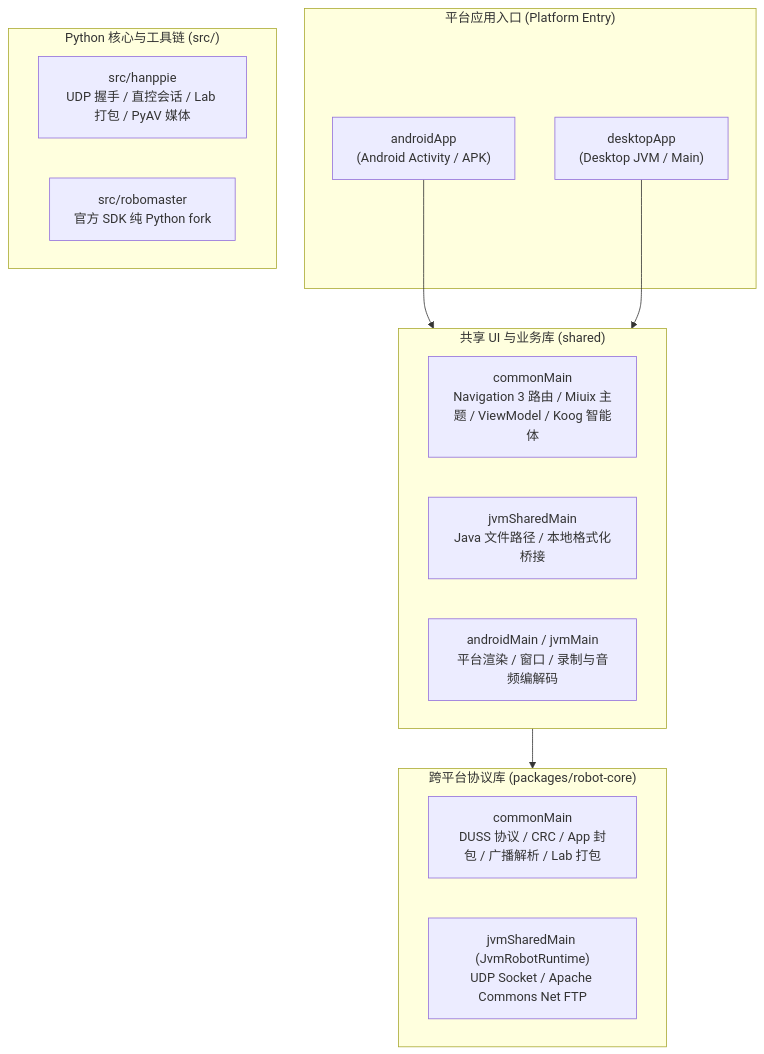
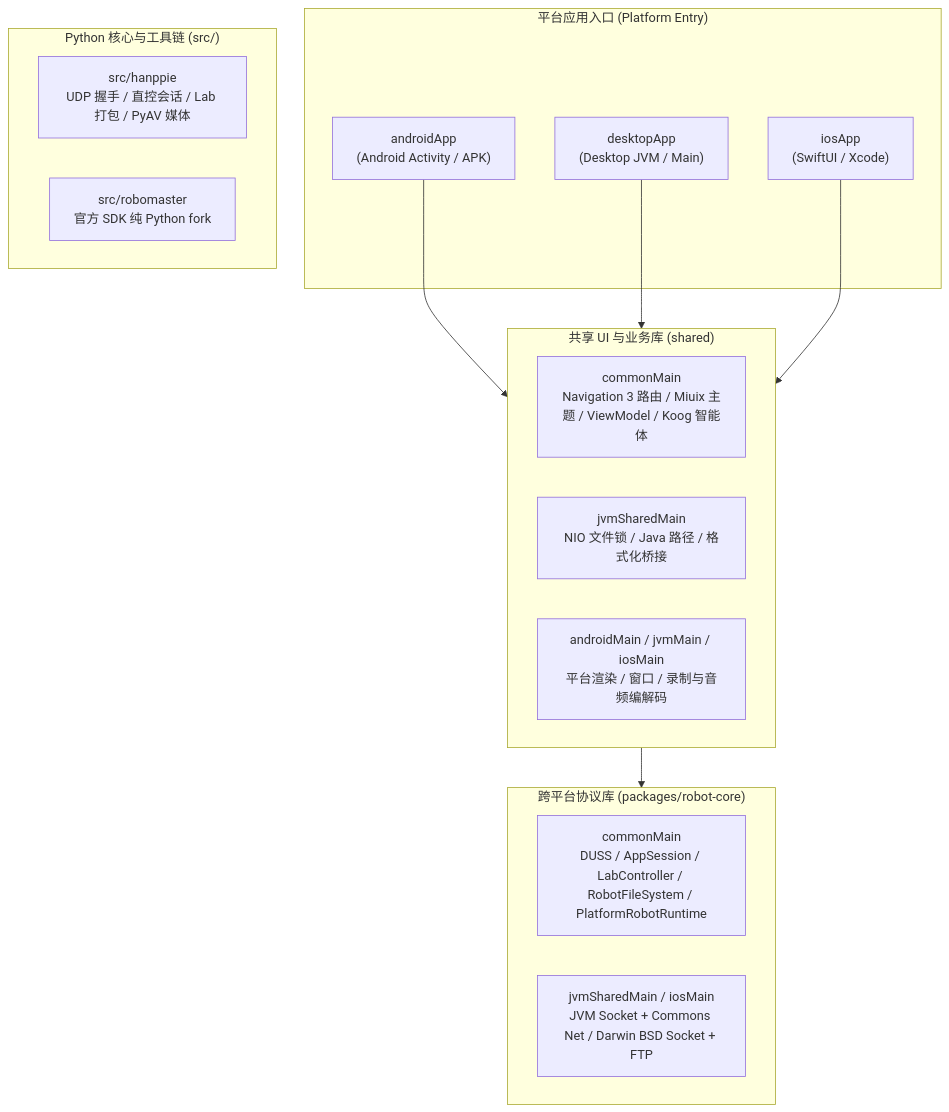
One commit to elonzh/hanppie changed the first of 9 diagrams in docs/architecture.md. Above: the diagram before and after it, drawn with Mermaid. The commit also changed other lines of this file and 98 other files, not shown here.

````diff
--- a/docs/architecture.md
+++ b/docs/architecture.md
@@ -80,27 +80,29 @@
 ```mermaid
 flowchart TD
     subgraph APPS["平台应用入口 (Platform Entry)"]
         ANDROID["androidApp<br/>(Android Activity / APK)"]
         DESKTOP["desktopApp<br/>(Desktop JVM / Main)"]
+        IOS["iosApp<br/>(SwiftUI / Xcode)"]
     end
 
     subgraph SHARED["共享 UI 与业务库 (shared)"]
         UI_COMMON["commonMain<br/>Navigation 3 路由 / Miuix 主题 / ViewModel / Koog 智能体"]
-        UI_JVMSHARED["jvmSharedMain<br/>Java 文件路径 / 本地格式化桥接"]
-        UI_PLATFORM["androidMain / jvmMain<br/>平台渲染 / 窗口 / 录制与音频编解码"]
+        UI_JVMSHARED["jvmSharedMain<br/>NIO 文件锁 / Java 路径 / 格式化桥接"]
+        UI_PLATFORM["androidMain / jvmMain / iosMain<br/>平台渲染 / 窗口 / 录制与音频编解码"]
     end
 
     subgraph ROBOTCORE["跨平台协议库 (packages/robot-core)"]
-        CORE_COMMON["commonMain<br/>DUSS 协议 / CRC / App 封包 / 广播解析 / Lab 打包"]
-        CORE_JVMSHARED["jvmSharedMain (JvmRobotRuntime)<br/>UDP Socket / Apache Commons Net FTP"]
+        CORE_COMMON["commonMain<br/>DUSS / AppSession / LabController / RobotFileSystem / PlatformRobotRuntime"]
+        CORE_JVMSHARED["jvmSharedMain / iosMain<br/>JVM Socket + Commons Net / Darwin BSD Socket + FTP"]
     end
 
     subgraph PYTHON["Python 核心与工具链 (src/)"]
         PY_HANPPIE["src/hanppie<br/>UDP 握手 / 直控会话 / Lab 打包 / PyAV 媒体"]
         PY_UPSTREAM["src/robomaster<br/>官方 SDK 纯 Python fork"]
     end
 
     ANDROID --> SHARED
     DESKTOP --> SHARED
+    IOS --> SHARED
     SHARED --> ROBOTCORE
 ```
````
